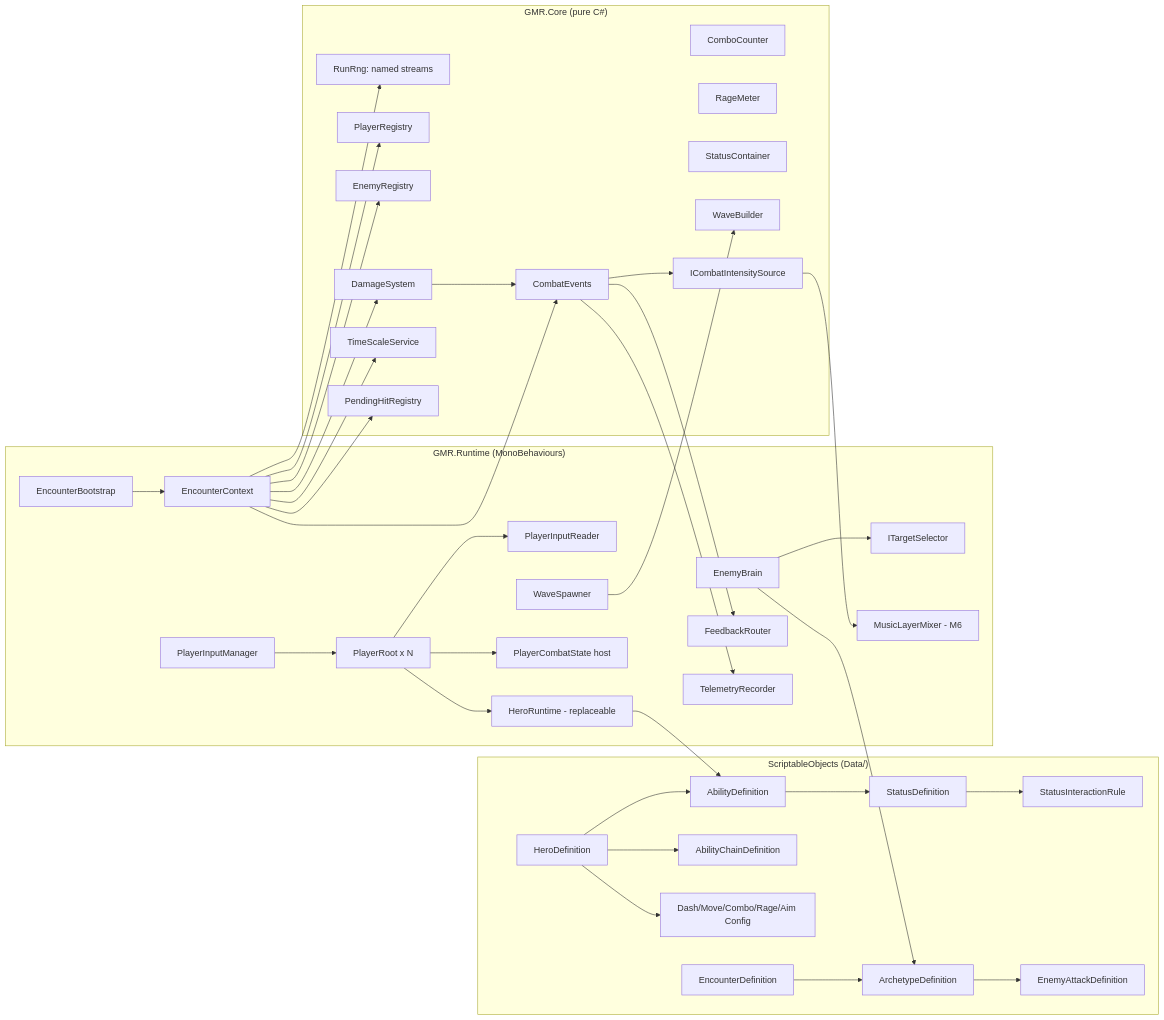
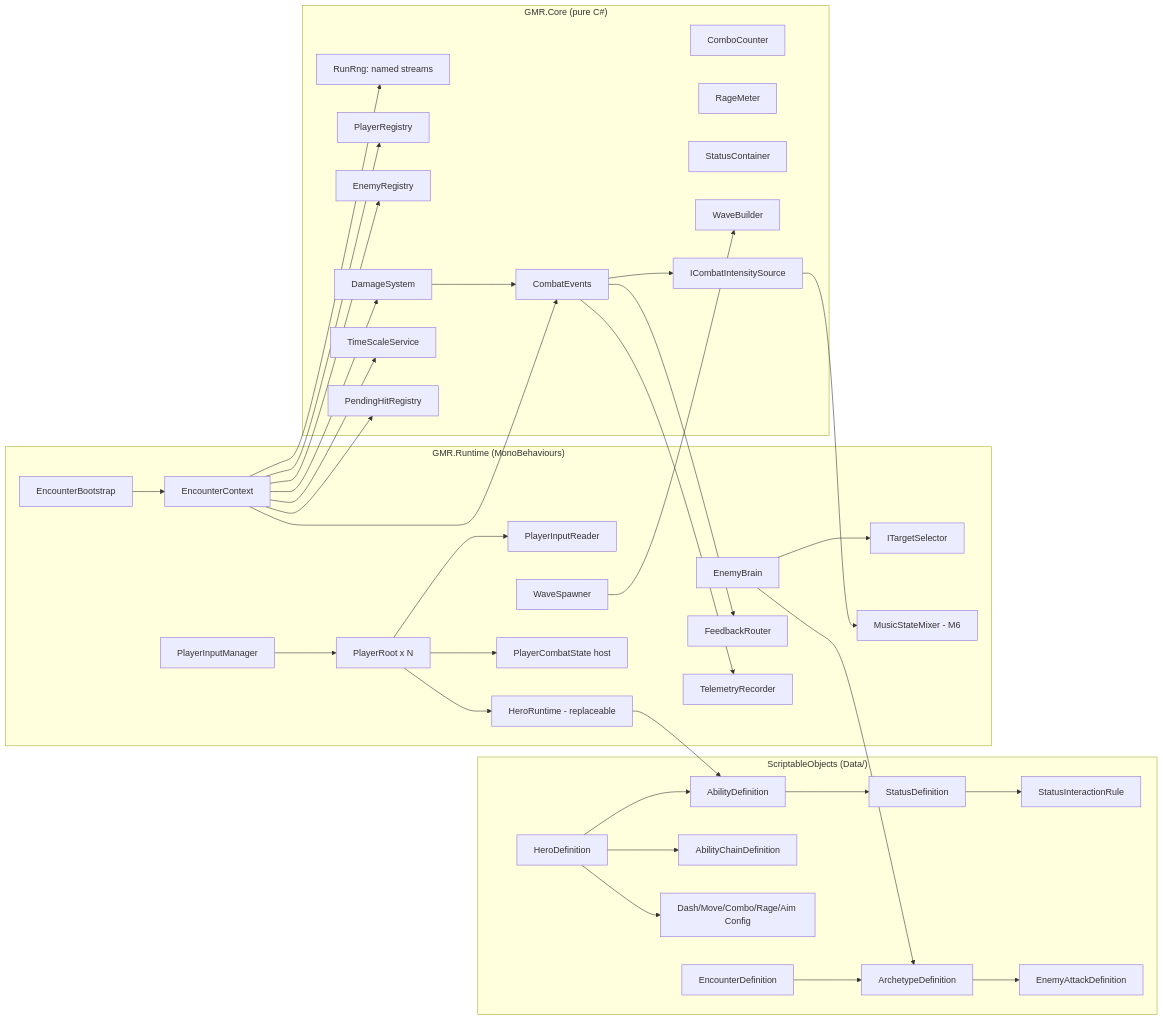
One commit to shayjr122/children-of-olympus changed the first of 2 diagrams in _bmad-output/planning-artifacts/architecture/architecture-greek-mythology-roguelike-2026-11-03/ARCHITECTURE-SPINE.md. Above: the diagram before and after it, drawn with Mermaid. The commit also changed other lines of this file and 3 other files, not shown here.

````diff
--- a/_bmad-output/planning-artifacts/architecture/architecture-greek-mythology-roguelike-2026-11-03/ARCHITECTURE-SPINE.md
+++ b/_bmad-output/planning-artifacts/architecture/architecture-greek-mythology-roguelike-2026-11-03/ARCHITECTURE-SPINE.md
@@ -31,47 +31,47 @@
 ```mermaid
 flowchart LR
   subgraph Data["ScriptableObjects (Data/)"]
     HD[HeroDefinition] --> AD[AbilityDefinition]
     HD --> CH[AbilityChainDefinition]
     HD --> CFG[Dash/Move/Combo/Rage/Aim Config]
     AD --> SD[StatusDefinition]
     SD --> SIR[StatusInteractionRule]
     ARC[ArchetypeDefinition] --> EAD[EnemyAttackDefinition]
     ENC[EncounterDefinition] --> ARC
   end
   subgraph Runtime["GMR.Runtime (MonoBehaviours)"]
     BOOT[EncounterBootstrap] --> CTX
     PIM[PlayerInputManager] --> PL[PlayerRoot x N]
     PL --> PIR[PlayerInputReader]
     PL --> HR[HeroRuntime - replaceable]
     PL --> PCS_A[PlayerCombatState host]
     EB[EnemyBrain] --> TS[ITargetSelector]
     SP[WaveSpawner]
     FB[FeedbackRouter]
     TEL[TelemetryRecorder]
-    MUS[MusicLayerMixer - M6]
+    MUS[MusicStateMixer - M6]
   end
   subgraph Core["GMR.Core (pure C#)"]
     CTX[EncounterContext]
     CTX --> RNG[RunRng: named streams]
     CTX --> PREG[PlayerRegistry]
     CTX --> EREG[EnemyRegistry]
     CTX --> EV[CombatEvents]
     CTX --> DMG[DamageSystem]
     CTX --> TSV[TimeScaleService]
     CTX --> PH[PendingHitRegistry]
     COMBO[ComboCounter]
     RAGE[RageMeter]
     STC[StatusContainer]
     WB[WaveBuilder]
     CI[ICombatIntensitySource]
   end
   HR --> AD
   EB --> ARC
   SP --> WB
   DMG --> EV
   EV --> FB
   EV --> TEL
   EV --> CI
   CI --> MUS
 ```
````
